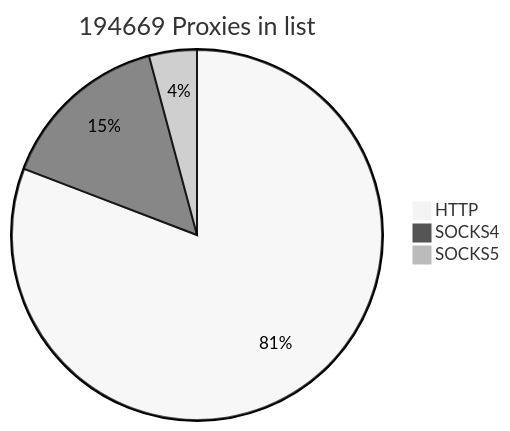
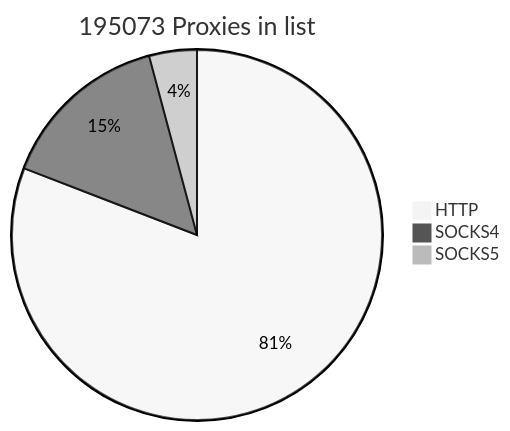
One commit to cutipu/proxylist changed the first of 2 diagrams in README.md. Above: the diagram before and after it, drawn with Mermaid (neutral theme). The commit also changed other lines of this file, not shown here.

````diff
--- a/README.md
+++ b/README.md
@@ -2,7 +2,7 @@
 ```mermaid
-pie title 194669 Proxies in list
-    "HTTP" : 157331
-    "SOCKS4" : 29215
-    "SOCKS5" : 8123
+pie title 195073 Proxies in list
+    "HTTP" : 157731
+    "SOCKS4" : 29220
+    "SOCKS5" : 8122
             
 ```
````
